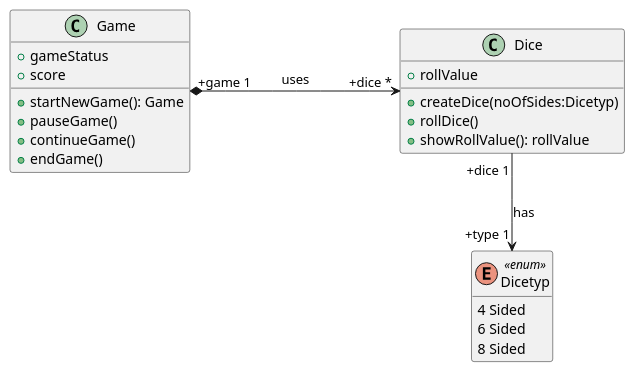
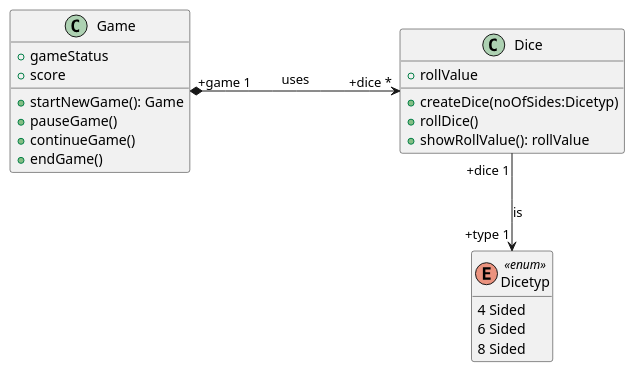
Before and after one commit to samshady/UML_Diagramme: the diagram in game_management_class.puml, drawn with PlantUML. The commit also changed 4 other files, not shown here.

```diff
--- a/game_management_class.puml
+++ b/game_management_class.puml
@@ -1,30 +1,30 @@
 @startuml
 
 class Game {
   +gameStatus
   +score
 
   +startNewGame(): Game
   +pauseGame()
   +continueGame()
   +endGame()
 }
 
 class Dice {
   +rollValue
   +createDice(noOfSides:Dicetyp)
   +rollDice()
   +showRollValue(): rollValue
 }
 
 enum Dicetyp <<enum>> {
   4 Sided
   6 Sided
   8 Sided
 }
 
 hide Dicetyp methods
 Game "+game 1" *-[norank]---> "+dice *" Dice: uses
-Dice "+dice 1" -down-> "+type 1" Dicetyp: has
+Dice "+dice 1" -down-> "+type 1" Dicetyp: is
 
 @enduml
```
